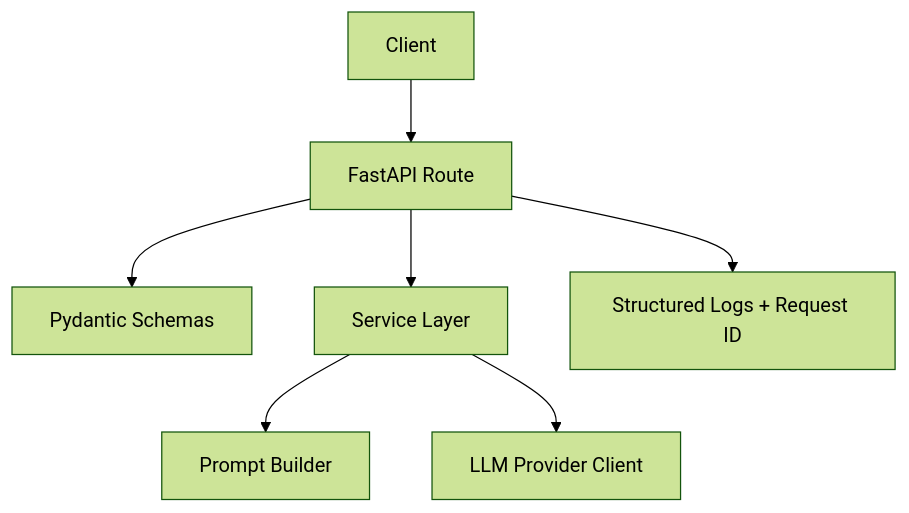
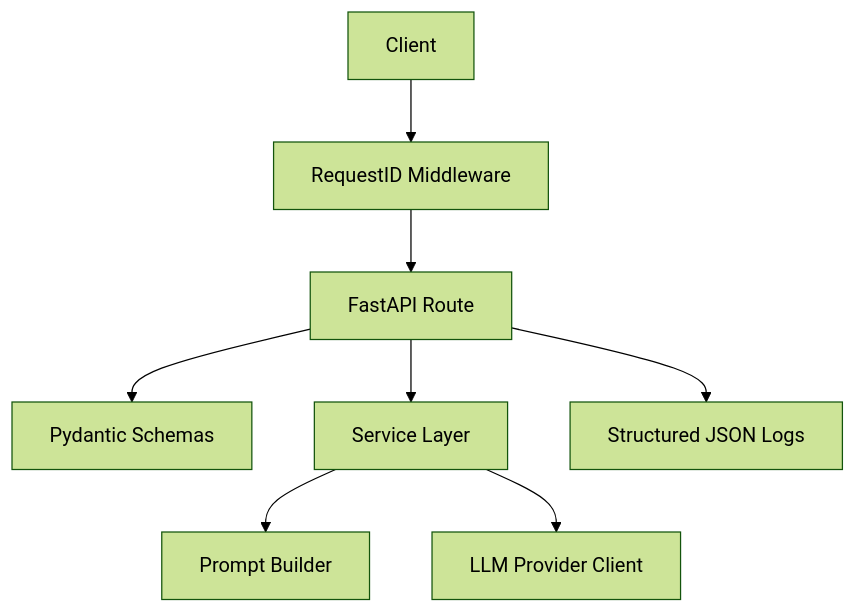
Before and after one commit to manuelblinkert/ai-backend-production-starter: the diagram in README.md, drawn with Mermaid (forest theme). The commit also changed other lines of this file and 13 other files, not shown here.

````diff
--- a/README.md
+++ b/README.md
@@ -32,9 +45,10 @@
 ```mermaid
 flowchart TD
-    Client[Client] --> API[FastAPI Route]
+    Client[Client] --> MW[RequestID Middleware]
+    MW --> API[FastAPI Route]
     API --> Schema[Pydantic Schemas]
     API --> Service[Service Layer]
     Service --> Prompt[Prompt Builder]
     Service --> LLM[LLM Provider Client]
-    API --> Logs[Structured Logs + Request ID]
+    API --> Logs[Structured JSON Logs]
 ```
````
